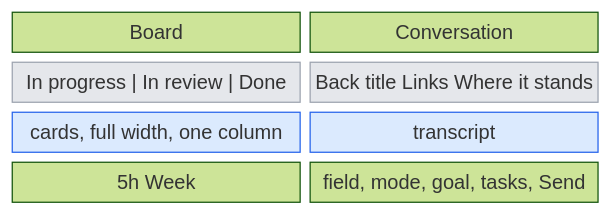
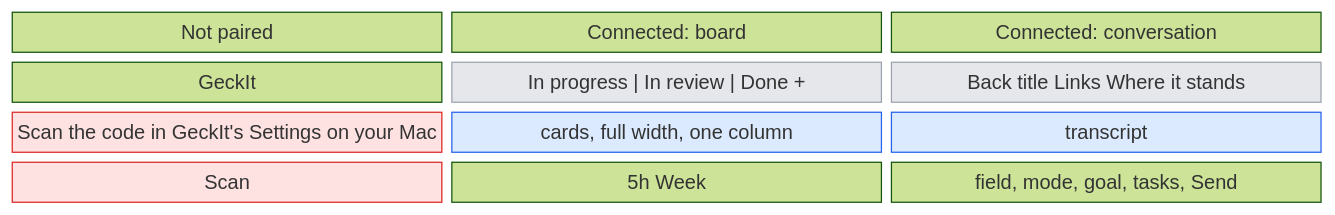
One commit to anetrebskii/geckit changed the first of 2 diagrams in docs/ux/phone.md. Above: the diagram before and after it, drawn with Mermaid (forest theme). The commit also changed other lines of this file and 57 other files, not shown here.

First line of the commit message:
The conversations in an iPhone app, paired by a QR code

````diff
--- a/docs/ux/phone.md
+++ b/docs/ux/phone.md
@@ -29,12 +33,14 @@
 ```mermaid
 block-beta
-  columns 2
-  a["Board"] b["Conversation"]
-  a1["In progress | In review | Done"] b1["Back   title   Links  Where it stands"]
-  a2["cards, full width, one column"] b2["transcript"]
-  a3["5h  Week"] b3["field, mode, goal, tasks, Send"]
-  style a1 fill:#e5e7eb,stroke:#9ca3af
+  columns 3
+  a["Not paired"] b["Connected: board"] c["Connected: conversation"]
+  a1["GeckIt"] b1["In progress | In review | Done  +"] c1["Back   title   Links  Where it stands"]
+  a2["Scan the code in GeckIt's Settings on your Mac"] b2["cards, full width, one column"] c2["transcript"]
+  a3["Scan"] b3["5h  Week"] c3["field, mode, goal, tasks, Send"]
+  style a2 fill:#fee2e2,stroke:#dc2626
+  style a3 fill:#fee2e2,stroke:#dc2626
   style b1 fill:#e5e7eb,stroke:#9ca3af
-  style a2 fill:#dbeafe,stroke:#2563eb
+  style c1 fill:#e5e7eb,stroke:#9ca3af
   style b2 fill:#dbeafe,stroke:#2563eb
+  style c2 fill:#dbeafe,stroke:#2563eb
 ```
````
